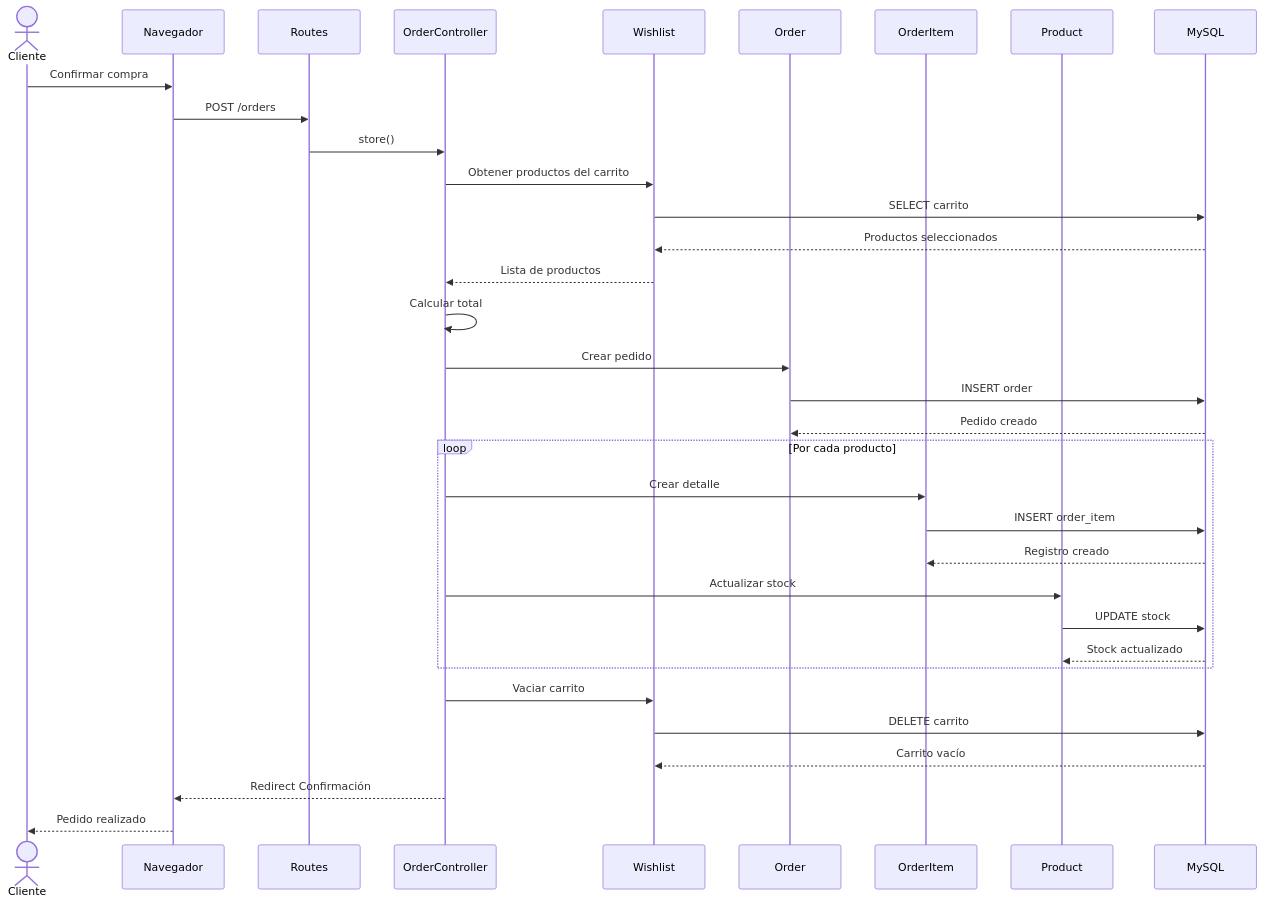
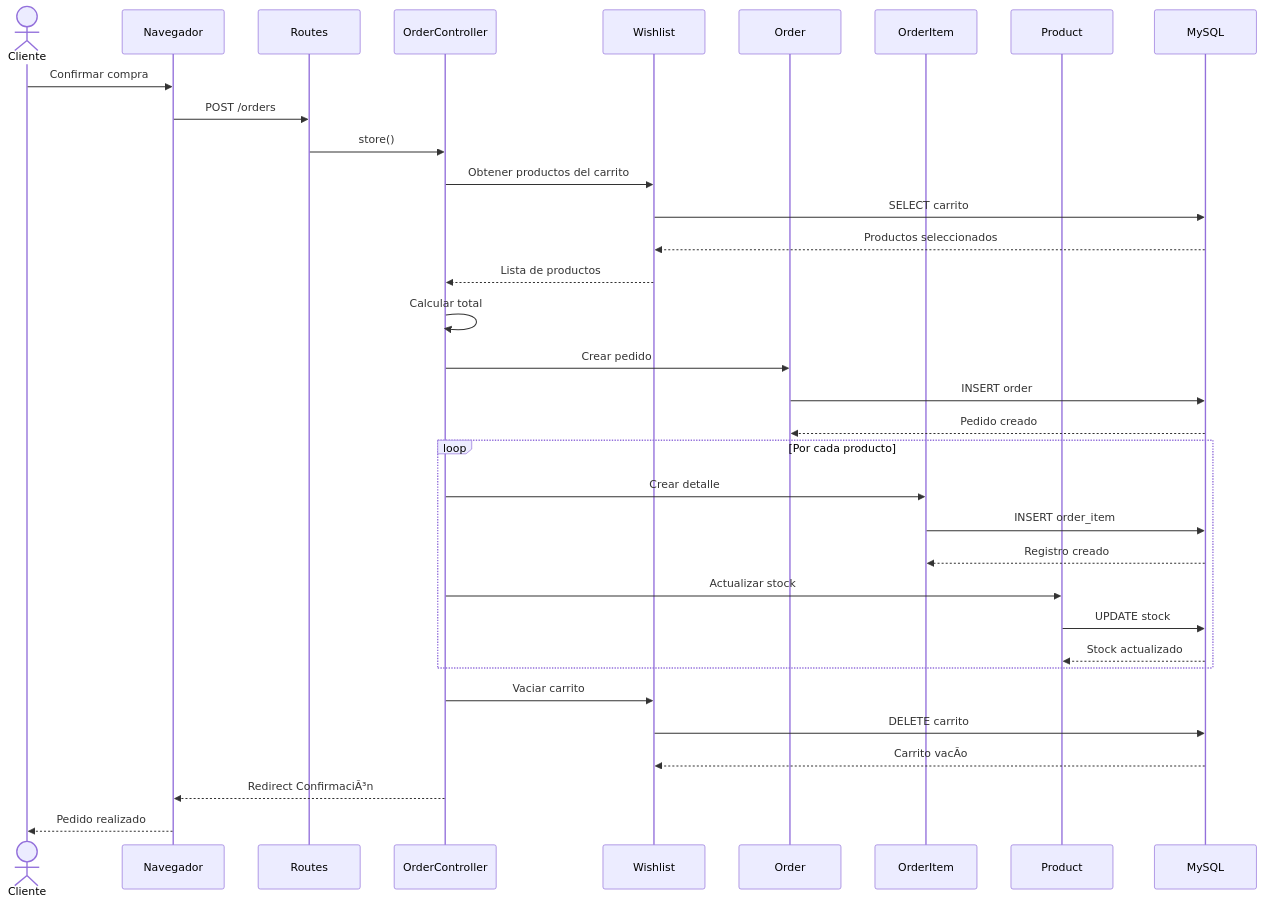
Before and after one commit to facusoster/FinalProdWebLaravel: the diagram in docs/diagramas/23_UML_SecuenciaPedido.md, drawn with Mermaid. The commit also changed other lines of this file and 24 other files, not shown here.

````diff
--- a/docs/diagramas/23_UML_SecuenciaPedido.md
+++ b/docs/diagramas/23_UML_SecuenciaPedido.md
@@ -22,62 +22,62 @@
 ```mermaid
 sequenceDiagram
 
 actor Cliente
 
 participant Navegador
 participant Routes
 participant OrderController
 participant Wishlist
 participant Order
 participant OrderItem
 participant Product
 participant MySQL
 
 Cliente->>Navegador: Confirmar compra
 
 Navegador->>Routes: POST /orders
 
 Routes->>OrderController: store()
 
 OrderController->>Wishlist: Obtener productos del carrito
 
 Wishlist->>MySQL: SELECT carrito
 
 MySQL-->>Wishlist: Productos seleccionados
 
 Wishlist-->>OrderController: Lista de productos
 
 OrderController->>OrderController: Calcular total
 
 OrderController->>Order: Crear pedido
 
 Order->>MySQL: INSERT order
 
 MySQL-->>Order: Pedido creado
 
 loop Por cada producto
 
     OrderController->>OrderItem: Crear detalle
 
     OrderItem->>MySQL: INSERT order_item
 
     MySQL-->>OrderItem: Registro creado
 
     OrderController->>Product: Actualizar stock
 
     Product->>MySQL: UPDATE stock
 
     MySQL-->>Product: Stock actualizado
 
 end
 
 OrderController->>Wishlist: Vaciar carrito
 
 Wishlist->>MySQL: DELETE carrito
 
-MySQL-->>Wishlist: Carrito vacío
+MySQL-->>Wishlist: Carrito vacÃ­o
 
-OrderController-->>Navegador: Redirect Confirmación
+OrderController-->>Navegador: Redirect ConfirmaciÃ³n
 
 Navegador-->>Cliente: Pedido realizado
 ```
````
